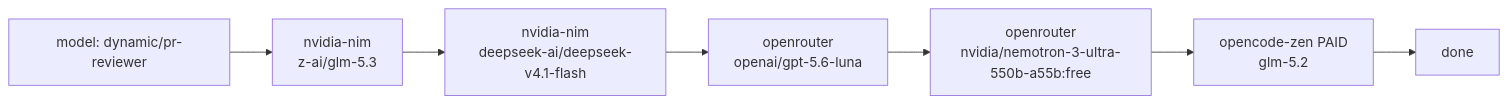
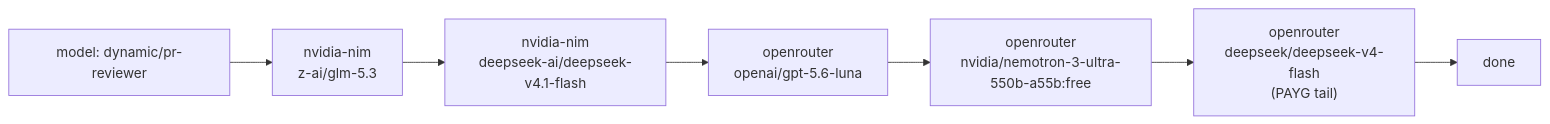
The fifth of 18 diagrams in dot_agents/skills/provider-catalog/references/ROUTING_TOPOLOGY.md (phillias/dotfiles), drawn with Mermaid before and after one commit. The commit also changed other lines of this file and 1 other file, not shown here.

````diff
--- a/dot_agents/skills/provider-catalog/references/ROUTING_TOPOLOGY.md
+++ b/dot_agents/skills/provider-catalog/references/ROUTING_TOPOLOGY.md
@@ -138,4 +138,4 @@
 ```mermaid
 flowchart LR
-    in["model: dynamic/pr-reviewer"] --> r0["nvidia-nim<br/>z-ai/glm-5.3"] --> r1["nvidia-nim<br/>deepseek-ai/deepseek-v4.1-flash"] --> r2["openrouter<br/>openai/gpt-5.6-luna"] --> r3["openrouter<br/>nvidia/nemotron-3-ultra-550b-a55b:free"] --> r4["opencode-zen PAID<br/>glm-5.2"] --> done[done]
+    in["model: dynamic/pr-reviewer"] --> r0["nvidia-nim<br/>z-ai/glm-5.3"] --> r1["nvidia-nim<br/>deepseek-ai/deepseek-v4.1-flash"] --> r2["openrouter<br/>openai/gpt-5.6-luna"] --> r3["openrouter<br/>nvidia/nemotron-3-ultra-550b-a55b:free"] --> r4["openrouter<br/>deepseek/deepseek-v4-flash<br/>(PAYG tail)"] --> done[done]
 ```
````
